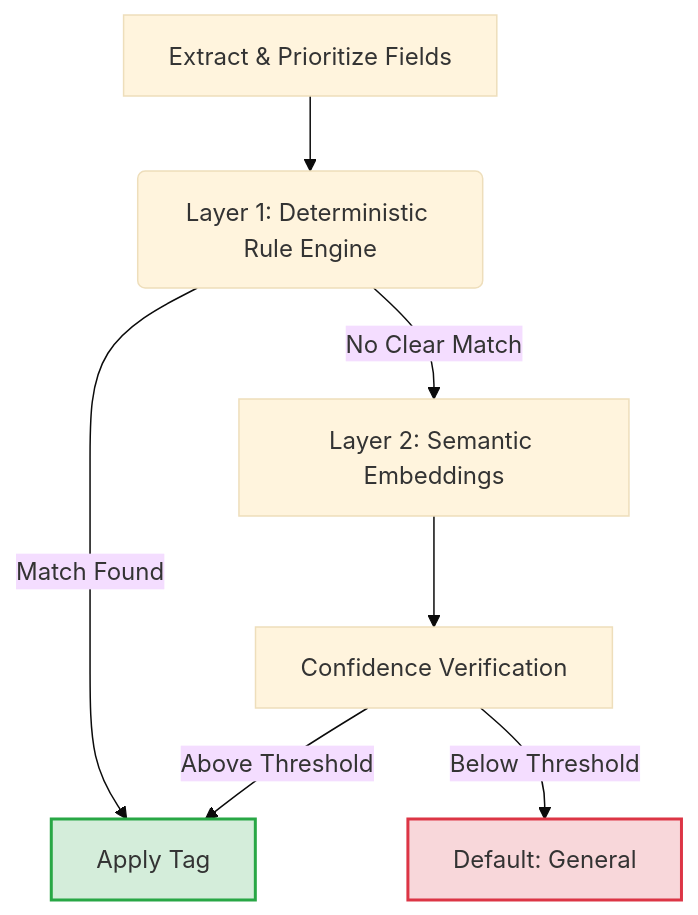
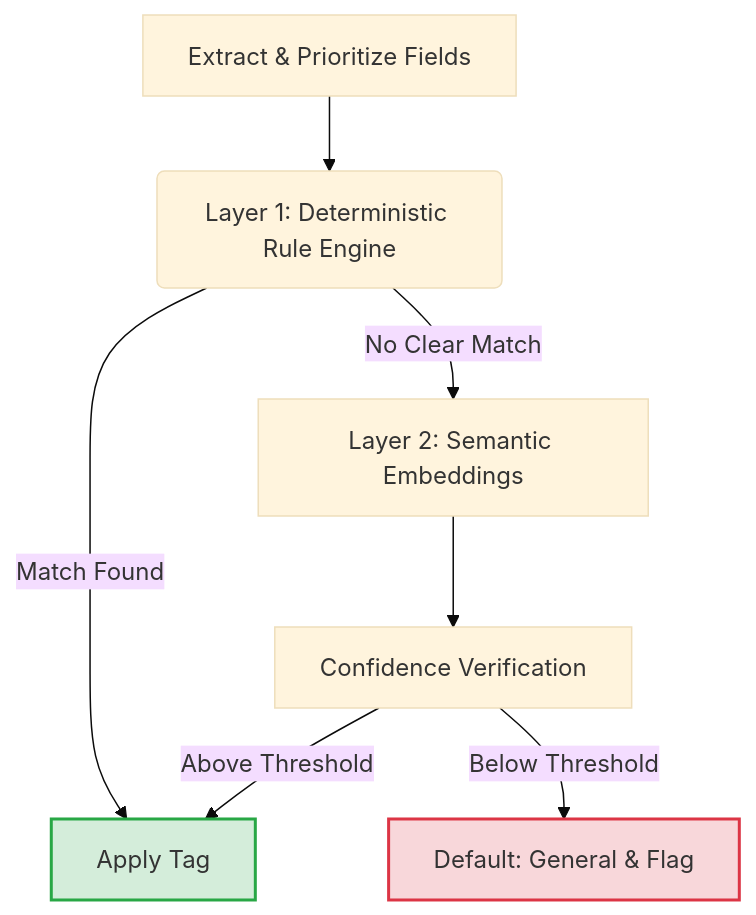
One commit to Djay23/ECF-Discretionary-FR-Scripting changed the diagram in Documentation/DOC.md. Above: the diagram before and after it, drawn with Mermaid (base theme). The commit also changed other lines of this file, not shown here.

````diff
--- a/Documentation/DOC.md
+++ b/Documentation/DOC.md
@@ -19,12 +19,12 @@
 ```mermaid
 graph TD
 A[Extract & Prioritize Fields] --> B(Layer 1: Deterministic Rule Engine)
 B -->|Match Found| C[Apply Tag]
 B -->|No Clear Match| D[Layer 2: Semantic Embeddings]
 D --> E[Confidence Verification]
-E -->|Below Threshold| F[Default: General]
+E -->|Below Threshold| F[Default: General & Flag]
 E -->|Above Threshold| C
 
 style C fill:#d4edda,stroke:#28a745,stroke-width:2px
 style F fill:#f8d7da,stroke:#dc3545,stroke-width:2px
 ```
````
